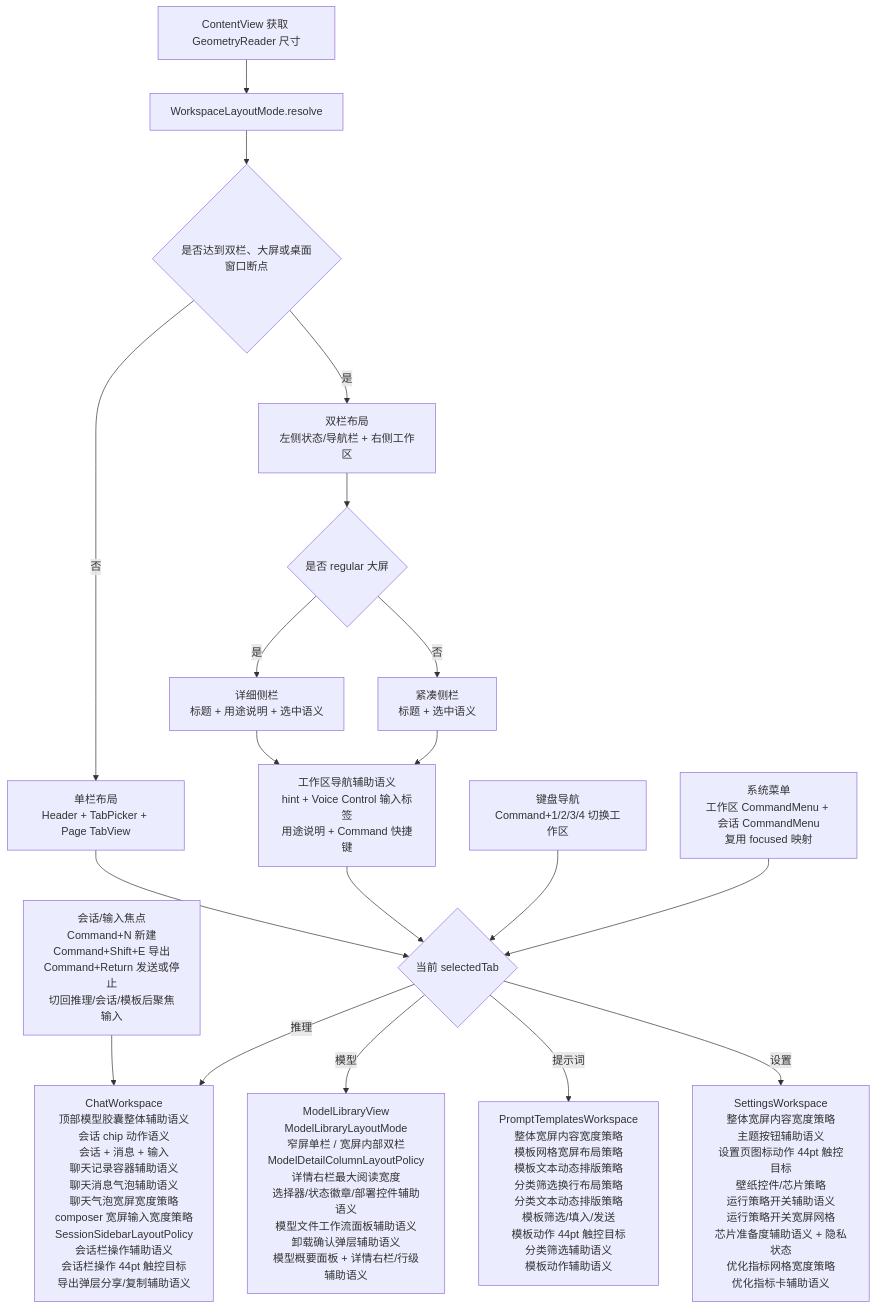
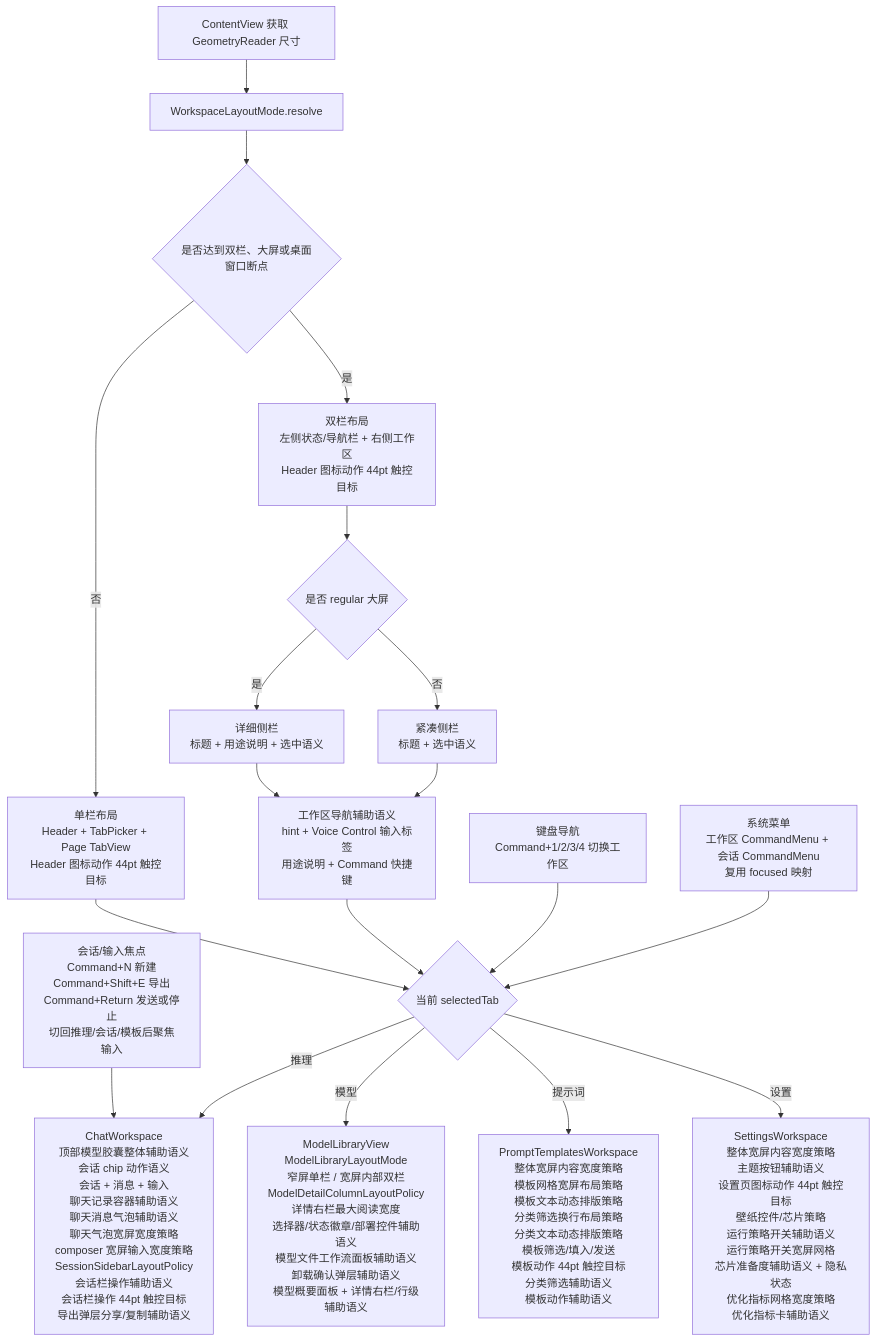
Before and after one commit to Altman-sam114/113: the fifth of 10 diagrams in md/flow/flowchart.md, drawn with Mermaid. The commit also changed other lines of this file and 8 other files, not shown here.

Commit message:
v2.35: 优化全局 Header 触控目标

````diff
--- a/md/flow/flowchart.md
+++ b/md/flow/flowchart.md
@@ -84,21 +84,21 @@
 ```mermaid
 flowchart TD
     A[ContentView 获取 GeometryReader 尺寸] --> B[WorkspaceLayoutMode.resolve]
     B --> C{是否达到双栏、大屏或桌面窗口断点}
-    C -- 否 --> D[单栏布局<br/>Header + TabPicker + Page TabView]
-    C -- 是 --> E[双栏布局<br/>左侧状态/导航栏 + 右侧工作区]
+    C -- 否 --> D[单栏布局<br/>Header + TabPicker + Page TabView<br/>Header 图标动作 44pt 触控目标]
+    C -- 是 --> E[双栏布局<br/>左侧状态/导航栏 + 右侧工作区<br/>Header 图标动作 44pt 触控目标]
     E --> N{是否 regular 大屏}
     N -- 是 --> O[详细侧栏<br/>标题 + 用途说明 + 选中语义]
     N -- 否 --> P[紧凑侧栏<br/>标题 + 选中语义]
     D --> F{当前 selectedTab}
     O --> X[工作区导航辅助语义<br/>hint + Voice Control 输入标签<br/>用途说明 + Command 快捷键]
     P --> X
     X --> F
     K[键盘导航<br/>Command+1/2/3/4 切换工作区] --> F
     M[系统菜单<br/>工作区 CommandMenu + 会话 CommandMenu<br/>复用 focused 映射] --> F
     L[会话/输入焦点<br/>Command+N 新建<br/>Command+Shift+E 导出<br/>Command+Return 发送或停止<br/>切回推理/会话/模板后聚焦输入] --> G
     F -- 推理 --> G[ChatWorkspace<br/>顶部模型胶囊整体辅助语义<br/>会话 chip 动作语义<br/>会话 + 消息 + 输入<br/>聊天记录容器辅助语义<br/>聊天消息气泡辅助语义<br/>聊天气泡宽屏宽度策略<br/>composer 宽屏输入宽度策略<br/>SessionSidebarLayoutPolicy<br/>会话栏操作辅助语义<br/>会话栏操作 44pt 触控目标<br/>导出弹层分享/复制辅助语义]
     F -- 模型 --> H[ModelLibraryView<br/>ModelLibraryLayoutMode<br/>窄屏单栏 / 宽屏内部双栏<br/>ModelDetailColumnLayoutPolicy<br/>详情右栏最大阅读宽度<br/>选择器/状态徽章/部署控件辅助语义<br/>模型文件工作流面板辅助语义<br/>卸载确认弹层辅助语义<br/>模型概要面板 + 详情右栏/行级辅助语义]
     F -- 提示词 --> I[PromptTemplatesWorkspace<br/>整体宽屏内容宽度策略<br/>模板网格宽屏布局策略<br/>模板文本动态排版策略<br/>分类筛选换行布局策略<br/>分类文本动态排版策略<br/>模板筛选/填入/发送<br/>模板动作 44pt 触控目标<br/>分类筛选辅助语义<br/>模板动作辅助语义]
     F -- 设置 --> J[SettingsWorkspace<br/>整体宽屏内容宽度策略<br/>主题按钮辅助语义<br/>设置页图标动作 44pt 触控目标<br/>壁纸控件/芯片策略<br/>运行策略开关辅助语义<br/>运行策略开关宽屏网格<br/>芯片准备度辅助语义 + 隐私状态<br/>优化指标网格宽度策略<br/>优化指标卡辅助语义]
 ```
````
